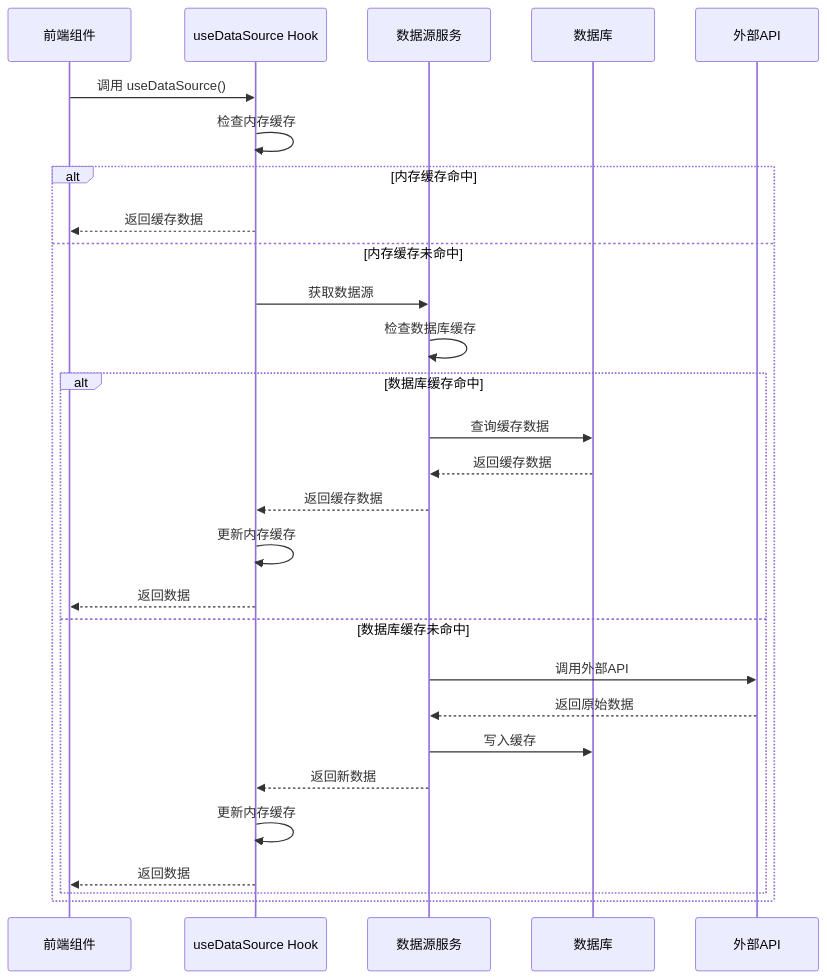
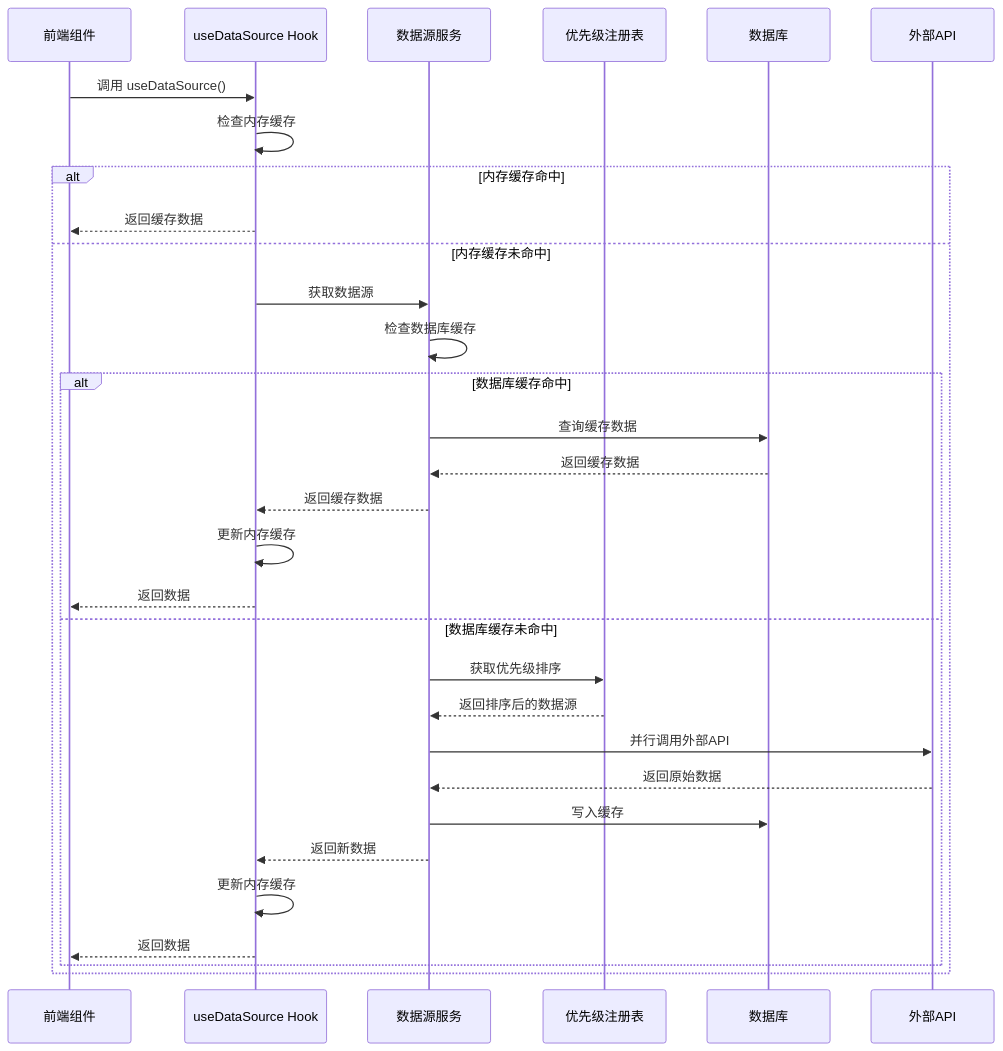
One commit to Moruime/stock_foker changed the fourth of 16 diagrams in .qoder/repowiki/zh/content/数据源服务增强.md. Above: the diagram before and after it, drawn with Mermaid. The commit also changed other lines of this file and 5 other files, not shown here.

````diff
--- a/.qoder/repowiki/zh/content/数据源服务增强.md
+++ b/.qoder/repowiki/zh/content/数据源服务增强.md
@@ -232,30 +270,33 @@
 ```mermaid
 sequenceDiagram
 participant Frontend as 前端组件
 participant Hook as useDataSource Hook
 participant Service as 数据源服务
+participant Registry as 优先级注册表
 participant DB as 数据库
 participant API as 外部API
 Frontend->>Hook : 调用 useDataSource()
 Hook->>Hook : 检查内存缓存
 alt 内存缓存命中
 Hook-->>Frontend : 返回缓存数据
 else 内存缓存未命中
 Hook->>Service : 获取数据源
 Service->>Service : 检查数据库缓存
 alt 数据库缓存命中
 Service->>DB : 查询缓存数据
 DB-->>Service : 返回缓存数据
 Service-->>Hook : 返回缓存数据
 Hook->>Hook : 更新内存缓存
 Hook-->>Frontend : 返回数据
 else 数据库缓存未命中
-Service->>API : 调用外部API
+Service->>Registry : 获取优先级排序
+Registry-->>Service : 返回排序后的数据源
+Service->>API : 并行调用外部API
 API-->>Service : 返回原始数据
 Service->>DB : 写入缓存
 Service-->>Hook : 返回新数据
 Hook->>Hook : 更新内存缓存
 Hook-->>Frontend : 返回数据
 end
 end
 ```
````
